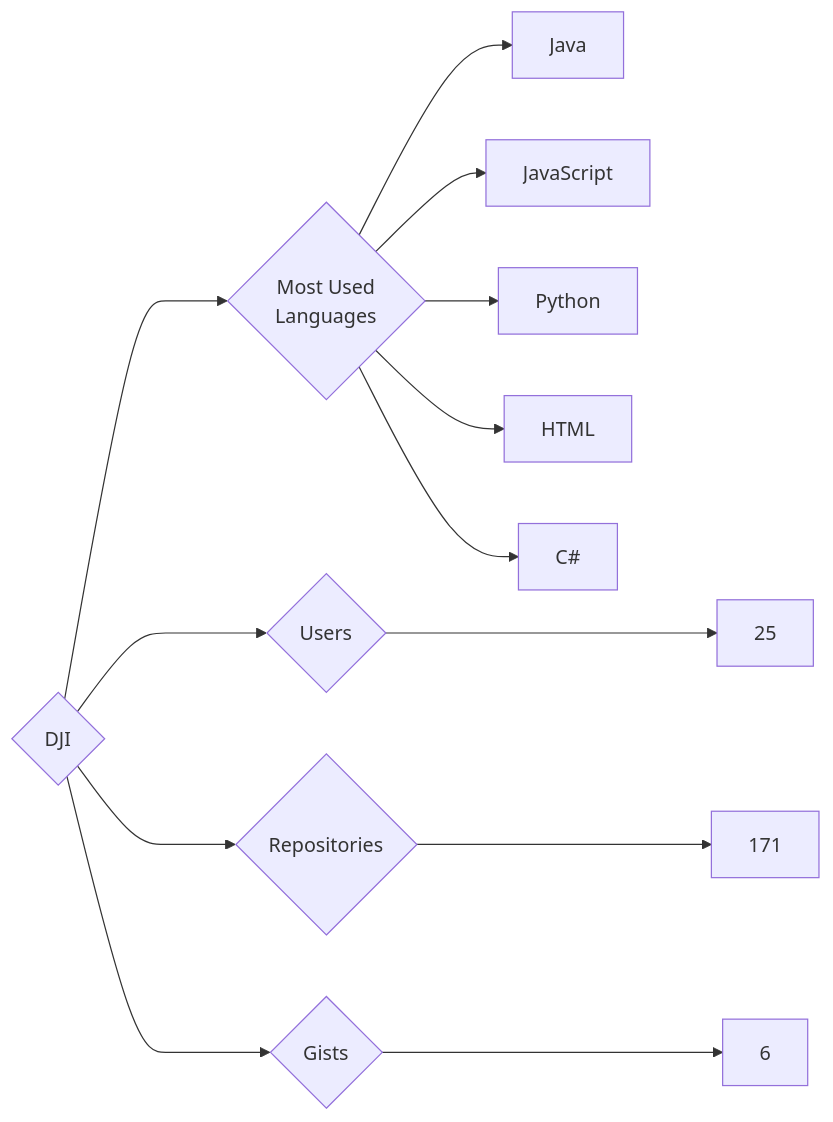
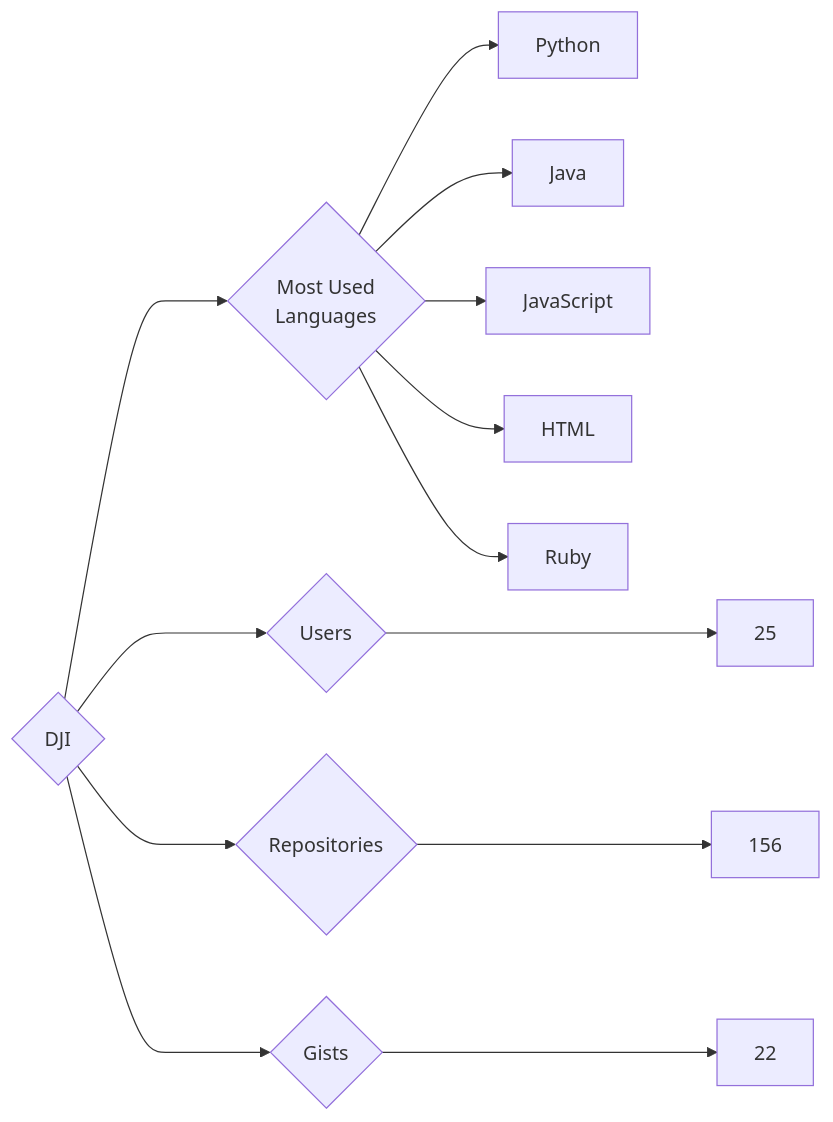
One commit to trickest/insiders changed the diagram in targets/DJI/README.md. Above: the diagram before and after it, drawn with Mermaid. The commit also changed 944 other files, not shown here.

````diff
--- a/targets/DJI/README.md
+++ b/targets/DJI/README.md
@@ -3,13 +3,13 @@
 ```mermaid
 graph LR
 COMPANY_NAME{DJI}
 COMPANY_NAME ---> U{Users} ---> UN[25]
-COMPANY_NAME ---> R{Repositories} ---> RN[171]
-COMPANY_NAME ---> G{Gists} ---> GN[6]
+COMPANY_NAME ---> R{Repositories} ---> RN[156]
+COMPANY_NAME ---> G{Gists} ---> GN[22]
 COMPANY_NAME ---> ML{Most Used<br>Languages}
+ML --> Python[Python]
 ML --> Java[Java]
 ML --> JavaScript[JavaScript]
-ML --> Python[Python]
 ML --> HTML[HTML]
-ML --> C#[C#]
+ML --> Ruby[Ruby]
 ```
````
